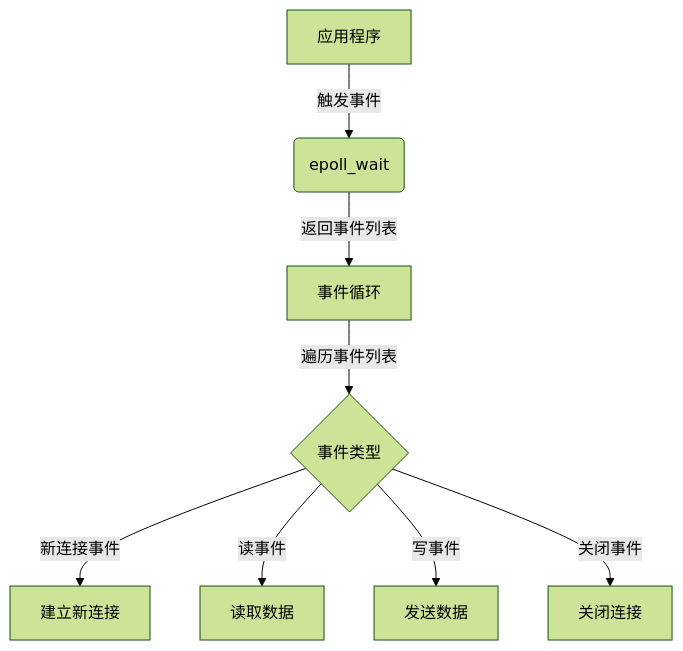
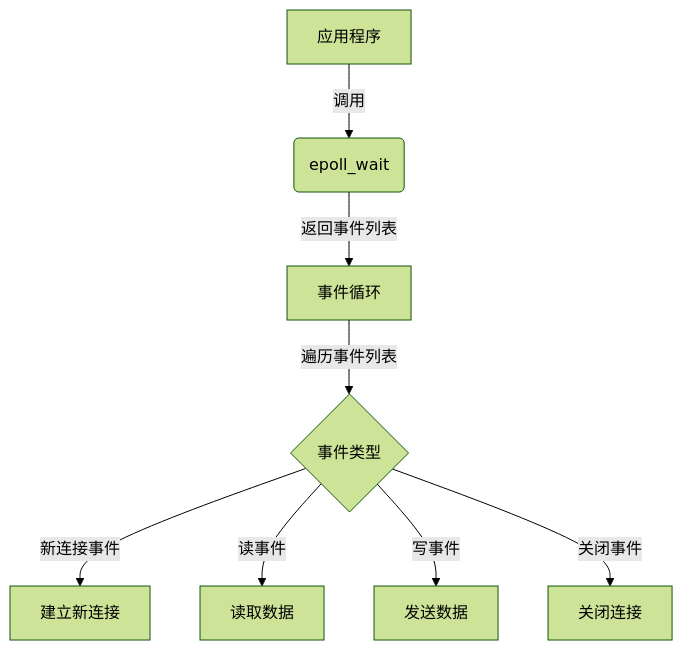
One commit to 0xcaffebabe/note changed the fifth of 5 diagrams in doc/软件工程/性能工程/性能优化.md. Above: the diagram before and after it, drawn with Mermaid (forest theme).

Commit message:
✏性能优化

````diff
--- a/doc/软件工程/性能工程/性能优化.md
+++ b/doc/软件工程/性能工程/性能优化.md
@@ -237,10 +237,10 @@
 ```mermaid
 graph TB
-A[应用程序] --触发事件--> B(epoll_wait)
+A[应用程序] --调用--> B(epoll_wait)
 B --返回事件列表--> C[事件循环]
 C --遍历事件列表--> D{事件类型}
 D --新连接事件--> E[建立新连接]
 D --读事件--> F[读取数据]
 D --写事件--> G[发送数据]
 D --关闭事件--> H[关闭连接]
 ```
````
